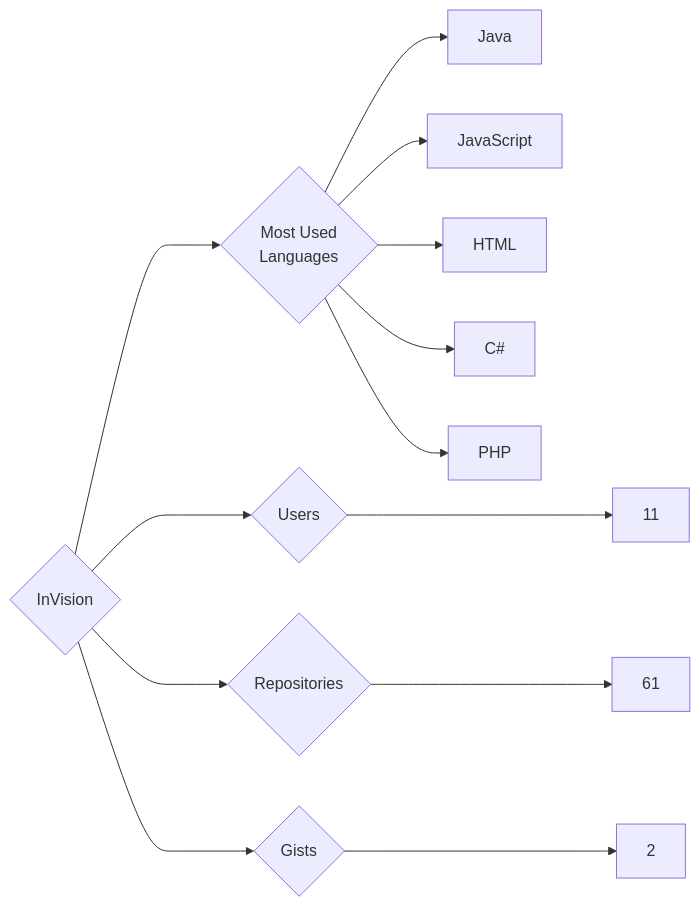
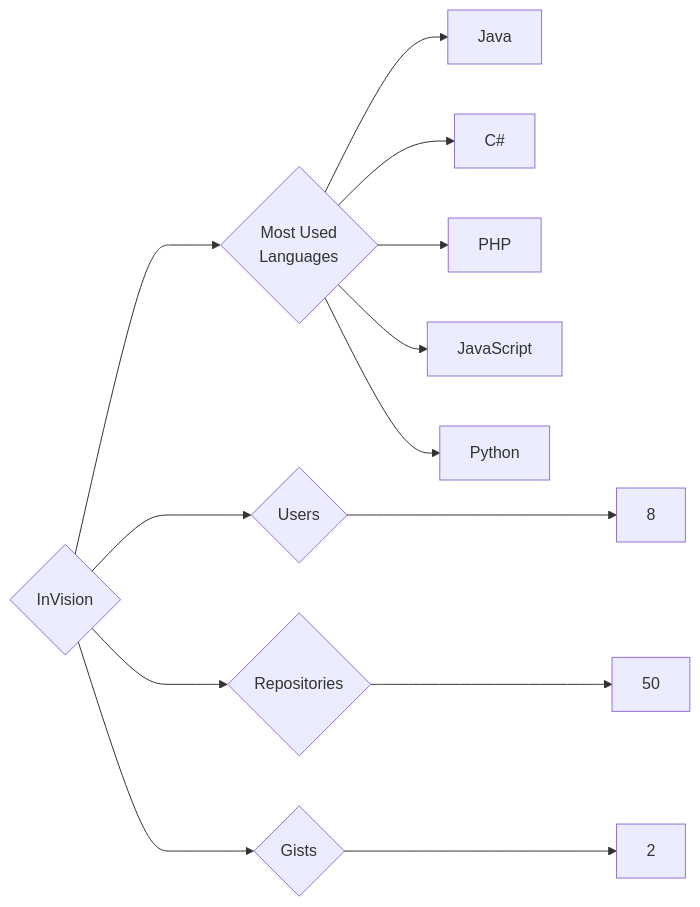
The diagram in targets/InVision/README.md (trickest/insiders), drawn with Mermaid before and after one commit. The commit also changed 1092 other files, not shown here.

````diff
--- a/targets/InVision/README.md
+++ b/targets/InVision/README.md
@@ -3,13 +3,13 @@
 ```mermaid
 graph LR
 COMPANY_NAME{InVision}
-COMPANY_NAME ---> U{Users} ---> UN[11]
-COMPANY_NAME ---> R{Repositories} ---> RN[61]
+COMPANY_NAME ---> U{Users} ---> UN[8]
+COMPANY_NAME ---> R{Repositories} ---> RN[50]
 COMPANY_NAME ---> G{Gists} ---> GN[2]
 COMPANY_NAME ---> ML{Most Used<br>Languages}
 ML --> Java[Java]
-ML --> JavaScript[JavaScript]
-ML --> HTML[HTML]
 ML --> C#[C#]
 ML --> PHP[PHP]
+ML --> JavaScript[JavaScript]
+ML --> Python[Python]
 ```
````
